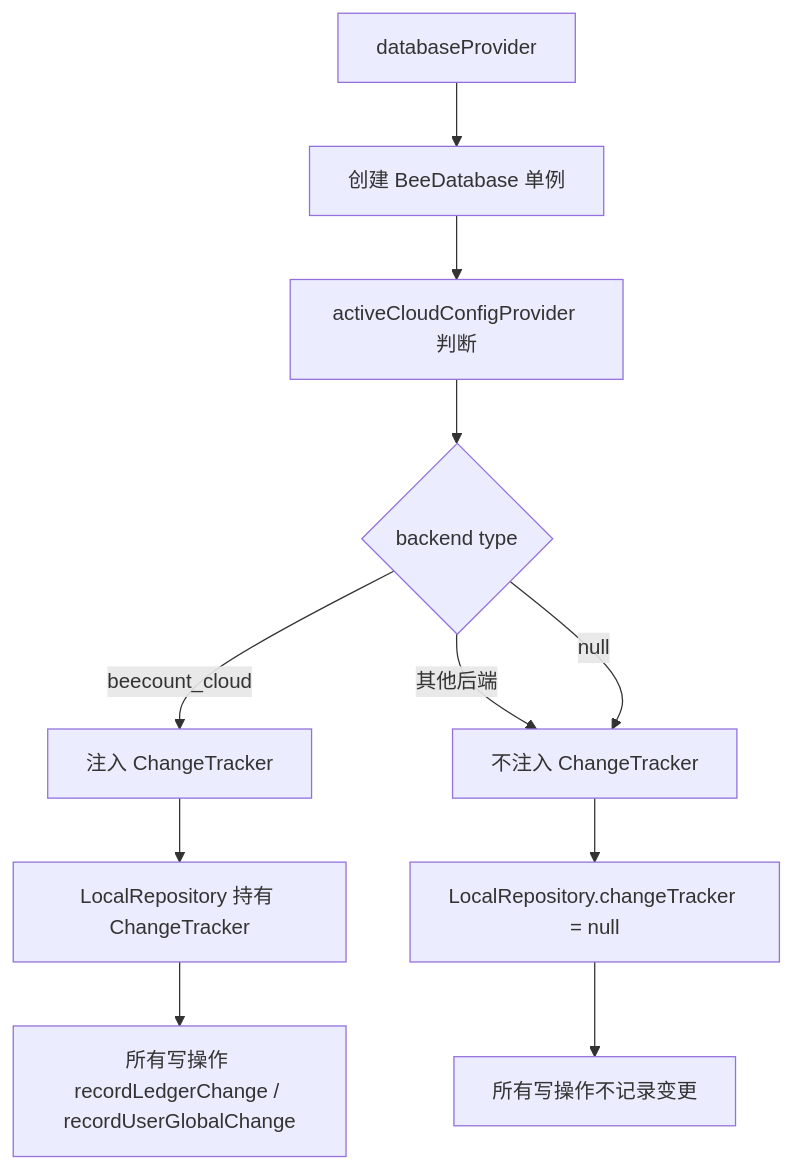
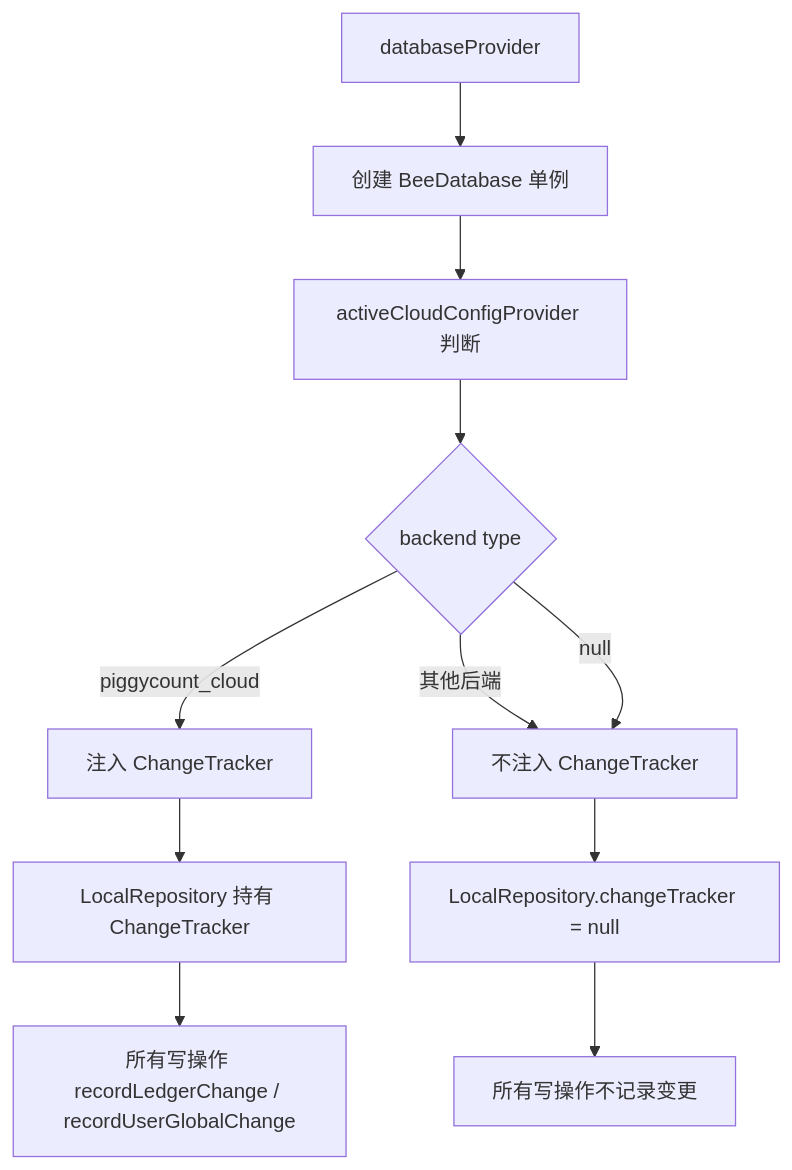
The second of 5 diagrams in docoments/08-api-and-data-access.md (mecoren/PiggyCount), drawn with Mermaid before and after one commit. The commit also changed other lines of this file and 91 other files, not shown here.

````diff
--- a/docoments/08-api-and-data-access.md
+++ b/docoments/08-api-and-data-access.md
@@ -152,15 +152,15 @@
 ```mermaid
 flowchart TD
     A[databaseProvider] --> B[创建 BeeDatabase 单例]
     B --> C[activeCloudConfigProvider 判断]
     C --> D{backend type}
-    D -->|beecount_cloud| E[注入 ChangeTracker]
+    D -->|piggycount_cloud| E[注入 ChangeTracker]
     D -->|其他后端| F[不注入 ChangeTracker]
     D -->|null| F
 
     E --> G[LocalRepository 持有 ChangeTracker]
     F --> H[LocalRepository.changeTracker = null]
 
     G --> I[所有写操作 recordLedgerChange / recordUserGlobalChange]
     H --> J[所有写操作不记录变更]
 ```
````
